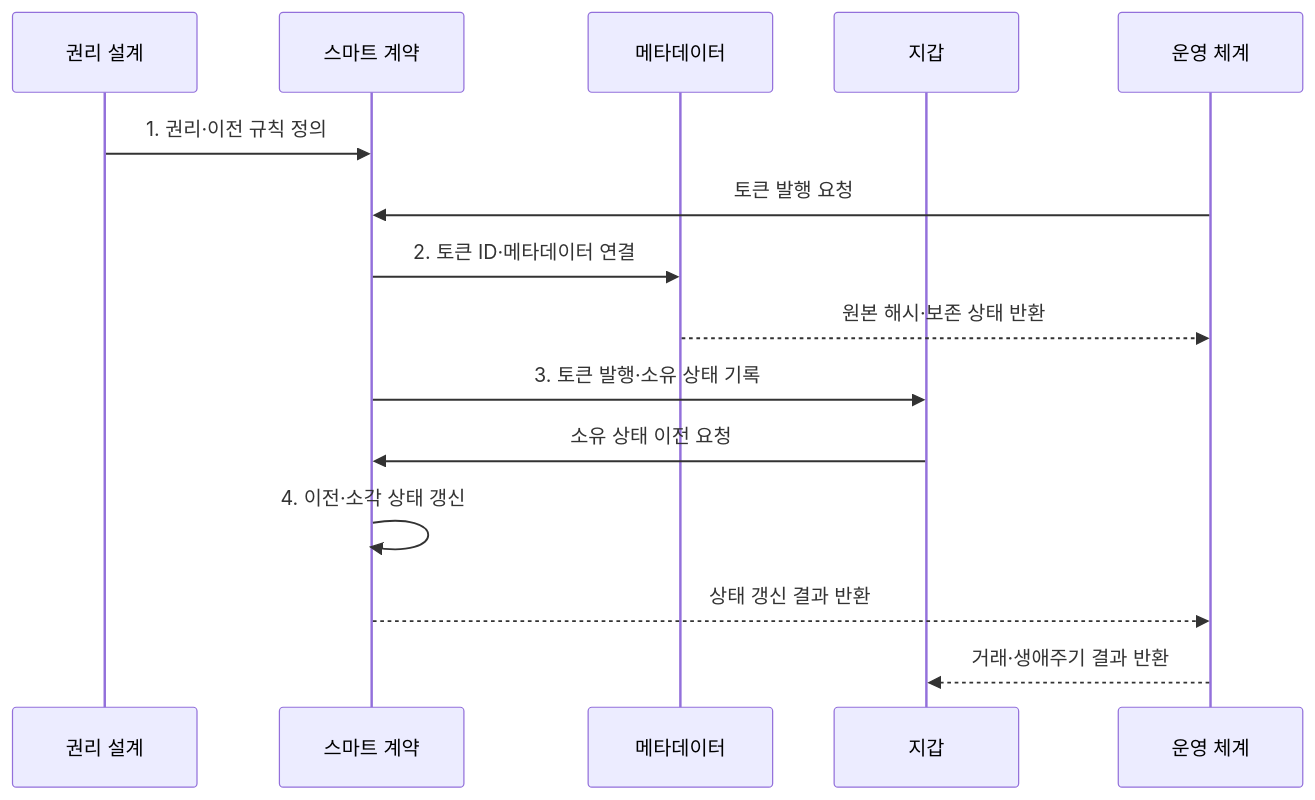
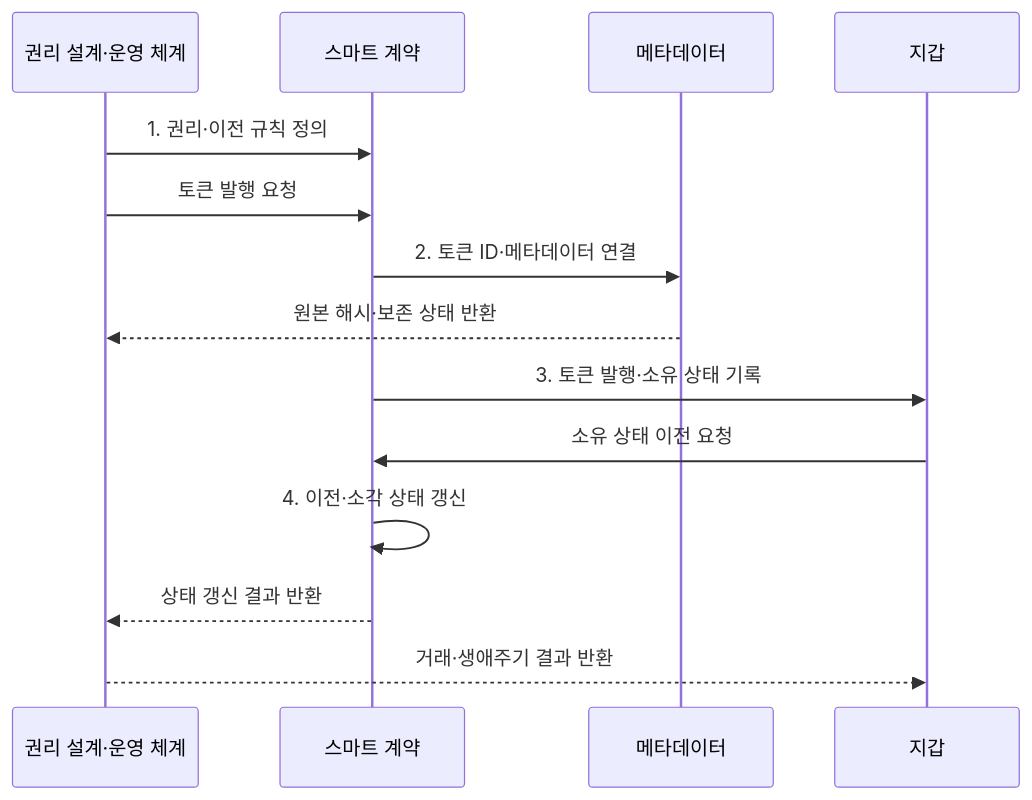
Before and after one commit to agnusdei1207/knowledge-base: the second of 2 diagrams in src/content/docs/notes/08-latest-tech/223_nft_non_fungible_token.md, drawn with Mermaid. The commit also changed 6 other files, not shown here.

Commit message:
Focus sustainability and emerging technology flows

````diff
--- a/src/content/docs/notes/08-latest-tech/223_nft_non_fungible_token.md
+++ b/src/content/docs/notes/08-latest-tech/223_nft_non_fungible_token.md
@@ -95,17 +95,16 @@
 ```mermaid
 sequenceDiagram
-  participant R as 권리 설계
+    participant R as 권리 설계·운영 체계
   participant C as 스마트 계약
   participant M as 메타데이터
   participant W as 지갑
-  participant O as 운영 체계
   R->>C: 1. 권리·이전 규칙 정의
-  O->>C: 토큰 발행 요청
+    R->>C: 토큰 발행 요청
   C->>M: 2. 토큰 ID·메타데이터 연결
-  M-->>O: 원본 해시·보존 상태 반환
+    M-->>R: 원본 해시·보존 상태 반환
   C->>W: 3. 토큰 발행·소유 상태 기록
   W->>C: 소유 상태 이전 요청
   C->>C: 4. 이전·소각 상태 갱신
-  C-->>O: 상태 갱신 결과 반환
-  O-->>W: 거래·생애주기 결과 반환
+    C-->>R: 상태 갱신 결과 반환
+    R-->>W: 거래·생애주기 결과 반환
 ```
````
